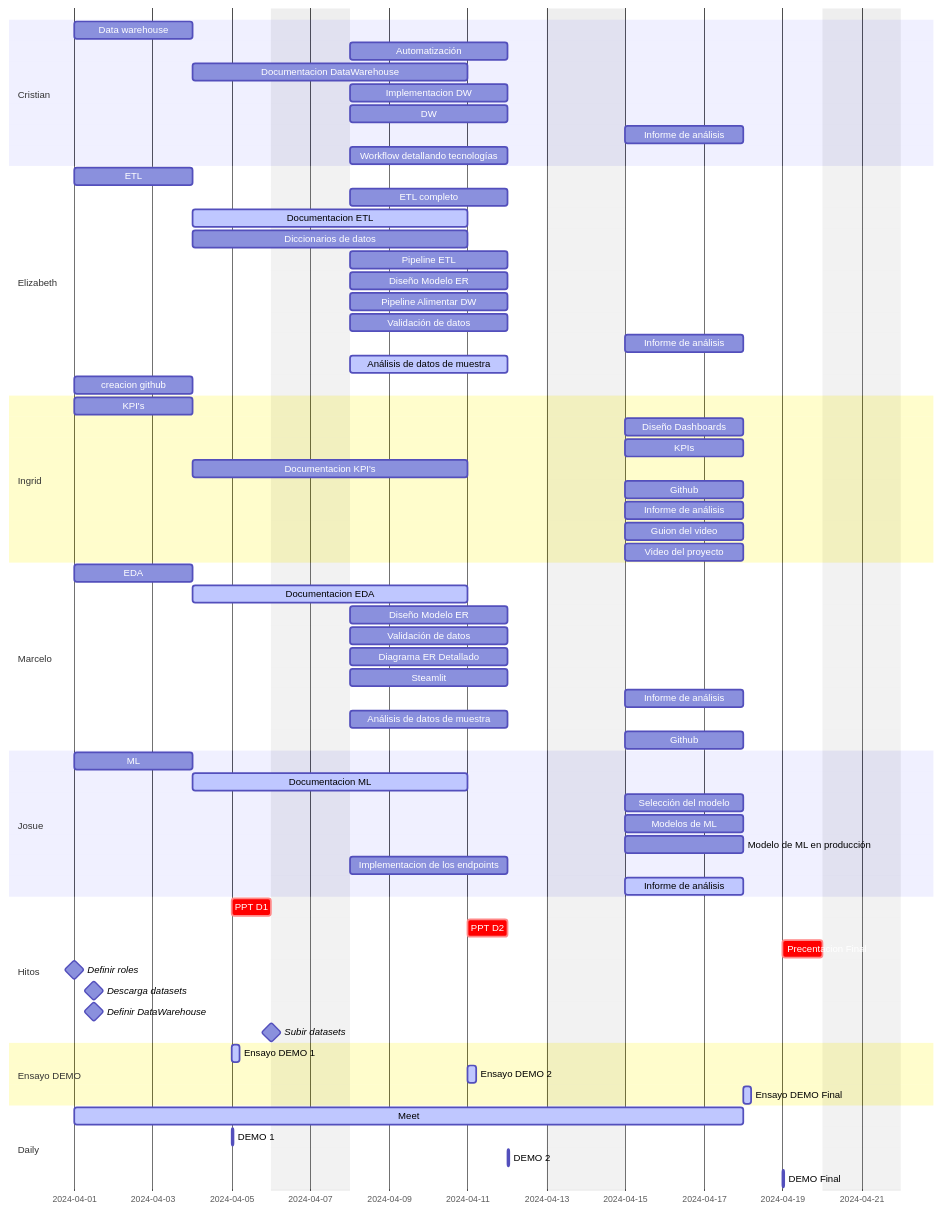
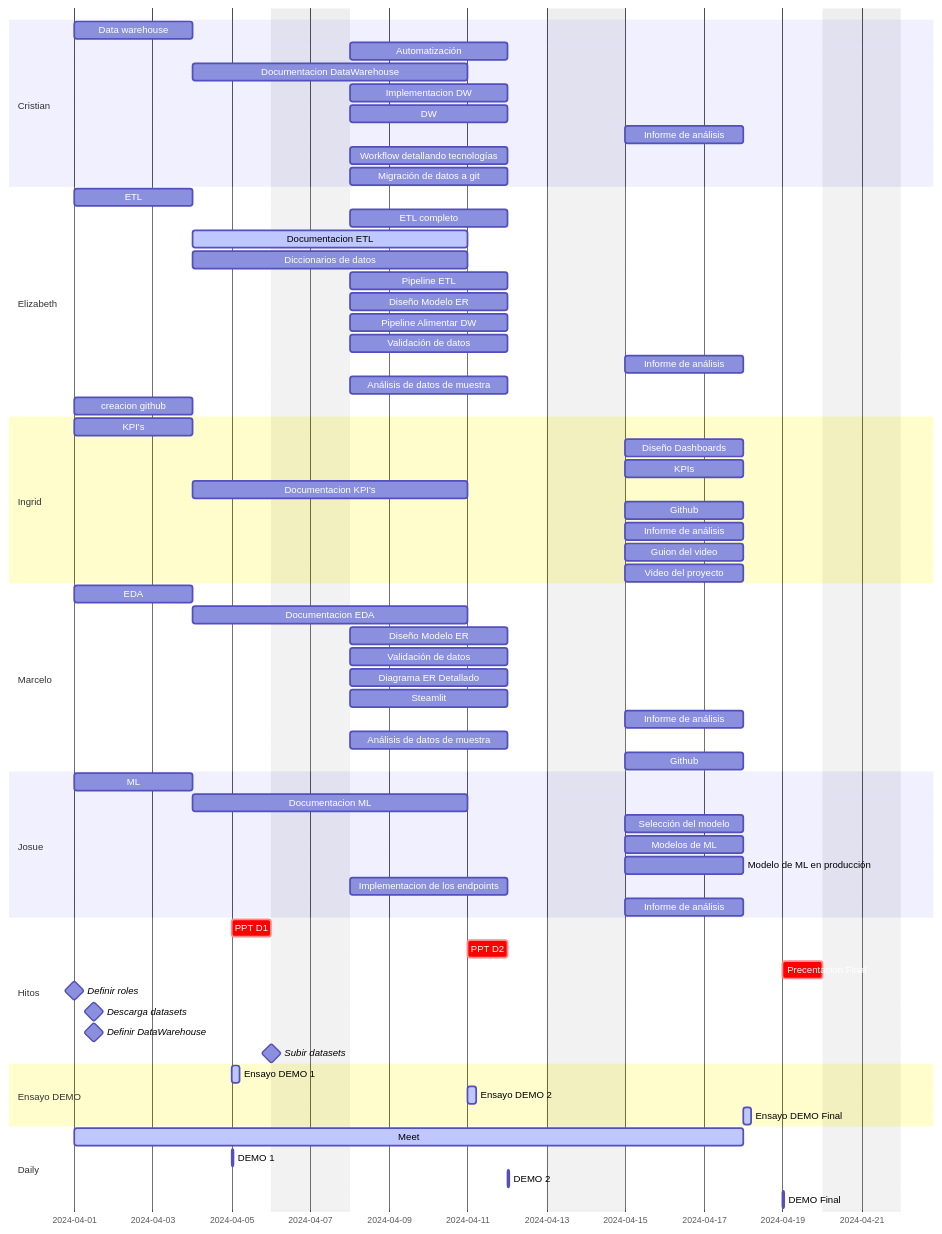
One commit to marceloyuba/SDT changed the diagram in Documentacion/Gantt.md. Above: the diagram before and after it, drawn with Mermaid.

```diff
--- a/Documentacion/Gantt.md
+++ b/Documentacion/Gantt.md
@@ -15,8 +15,9 @@
     DW                          :    des10, 2024-04-08, 4d
     Informe de análisis               :    des25, 2024-04-15, 3d
     Workflow detallando tecnologías :    des15, 2024-04-08, 4d
+    Migración de datos a git        :    des12, 2024-04-08, 4d
 
-    section Elizabeth
+   section Elizabeth
 
     ETL                       :    des1, 2024-04-01, 3d 
     ETL completo               :    des6, 2024-04-08, 4d
@@ -27,7 +28,7 @@
     Pipeline Alimentar DW       :    des9, 2024-04-08, 4d
     Validación de datos         :    des12, 2024-04-08, 4d
     Informe de análisis               :   des25, 2024-04-15, 3d
-    Análisis de datos de muestra   :active,    des16, 2024-04-08, 4d
+    Análisis de datos de muestra   :   des16, 2024-04-08, 4d
     creacion github         :    des1, 2024-04-01, 3d 
    
     
@@ -39,7 +40,6 @@
     KPIs                           :   des21, 2024-04-15, 3d
     Documentacion KPI's              : a1, after des1, 5d
     Github                          : 2024-04-15, 3d
-    
     Informe de análisis               :   des25, 2024-04-15, 3d
     Guion del video                  :    des26, 2024-04-15, 3d
     Video del proyecto              :  des27, 2024-04-15, 3d
@@ -48,7 +48,7 @@
 
     section Marcelo
     EDA                          :  des2, 2024-04-01, 3d
-    Documentacion EDA              :active, a1, after des1, 5d
+    Documentacion EDA              : a1, after des1, 5d
     Diseño Modelo ER           :    des8, 2024-04-08, 4d
     Validación de datos         :    des12, 2024-04-08, 4d
     Diagrama ER Detallado       :    des13, 2024-04-08, 4d
@@ -59,12 +59,13 @@
 
     section Josue
     ML                           : des5, 2024-04-01, 3d
-    Documentacion ML                   :active, a1, after des1, 5d
+    Documentacion ML                   : a1, after des1, 5d
     Selección del modelo         :    des24, 2024-04-15, 3d
     Modelos de ML                   :    des22, 2024-04-15, 3d
     Modelo de ML en producción      :    des23, 2024-04-15, 3d
     Implementacion de los endpoints     :    des19, 2024-04-08, 4d
-    Informe de análisis               :active,    des25, 2024-04-15, 3d
+    Informe de análisis               :    des25, 2024-04-15, 3d
+
     section Hitos
     PPT D1                              :crit,  2024-04-05,24h
     PPT D2                              :crit,  2024-04-11,24h
```
